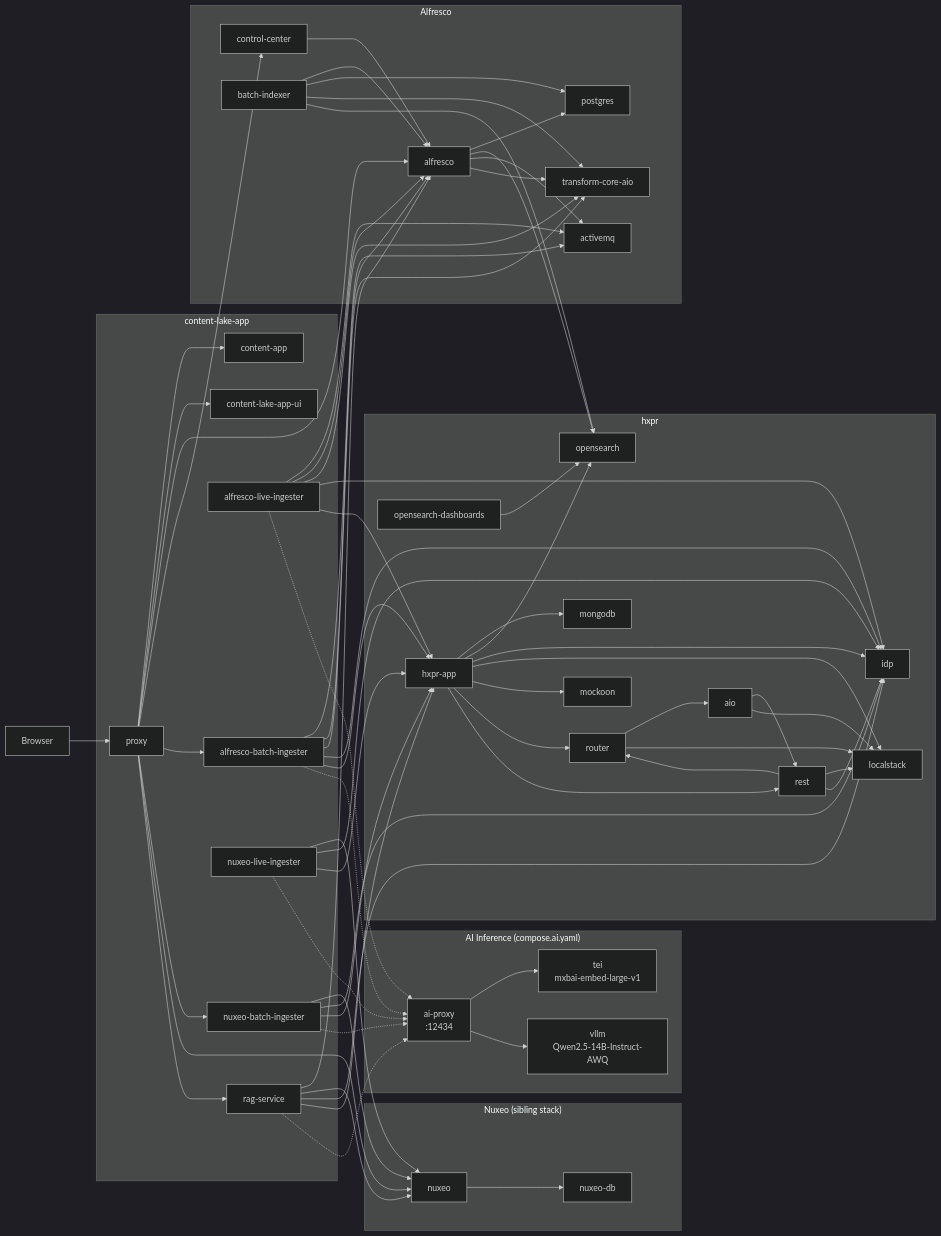
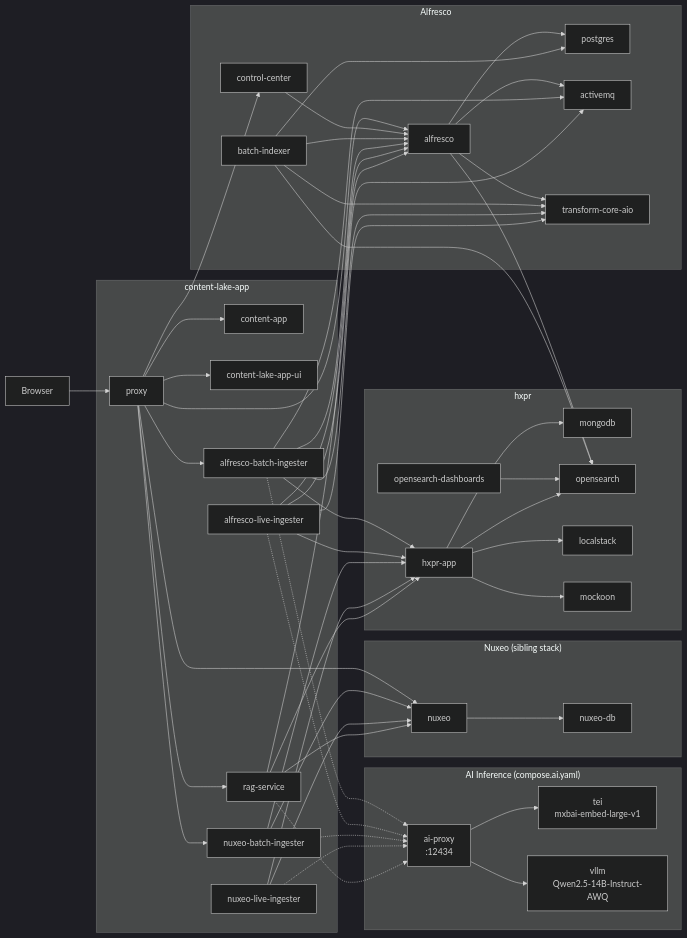
One commit to aborroy/content-lake-app-deployment changed the diagram in docs/DEPLOY_EC2.md. Above: the diagram before and after it, drawn with Mermaid (dark theme). The commit also changed other lines of this file and 12 other files, not shown here.

````diff
--- a/docs/DEPLOY_EC2.md
+++ b/docs/DEPLOY_EC2.md
@@ -369,12 +370,8 @@
     Mongo["mongodb"]
     OpenSearch["opensearch"]
     OSD["opensearch-dashboards"]
-    Idp["idp"]
     Localstack["localstack"]
     Mockoon["mockoon"]
-    Aio["aio"]
-    Router["router"]
-    Rest["rest"]
   end
 
   AiProxy --> TEI
@@ -408,46 +405,31 @@
   Batch --> ActiveMQ
   Batch --> Alfresco
   Batch --> Transform
-  Batch --> Idp
   Batch --> HxprApp
   Batch -.-> AiProxy
 
   Live --> ActiveMQ
   Live --> Alfresco
   Live --> Transform
-  Live --> Idp
   Live --> HxprApp
   Live -.-> AiProxy
 
   NuxeoBatch --> Nuxeo
-  NuxeoBatch --> Idp
   NuxeoBatch --> HxprApp
   NuxeoBatch -.-> AiProxy
 
   NuxeoLive --> Nuxeo
-  NuxeoLive --> Idp
   NuxeoLive --> HxprApp
   NuxeoLive -.-> AiProxy
 
   Rag --> Alfresco
   Rag --> Nuxeo
-  Rag --> Idp
   Rag --> HxprApp
   Rag -.-> AiProxy
 
   HxprApp --> Mongo
   HxprApp --> OpenSearch
-  HxprApp --> Idp
   HxprApp --> Localstack
   HxprApp --> Mockoon
-  HxprApp --> Router
-  HxprApp --> Rest
 
-  Router --> Aio
-  Router --> Localstack
-  Rest --> Router
-  Rest --> Localstack
-  Rest --> Idp
-  Aio --> Rest
-  Aio --> Localstack
 ```
````
